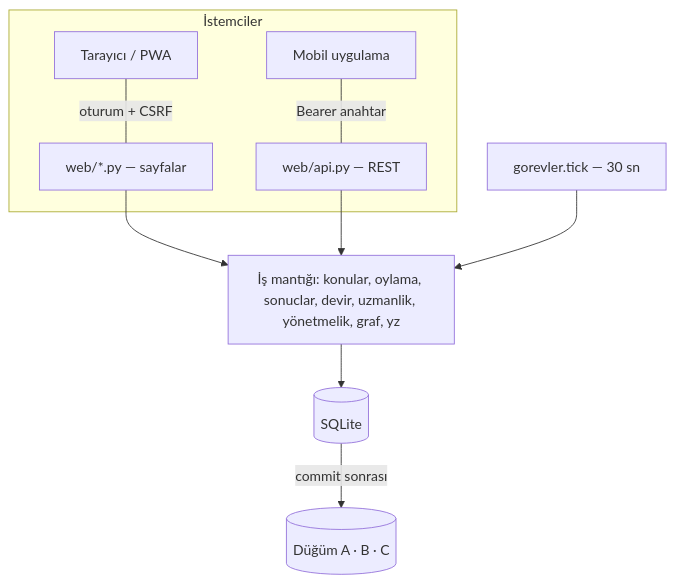
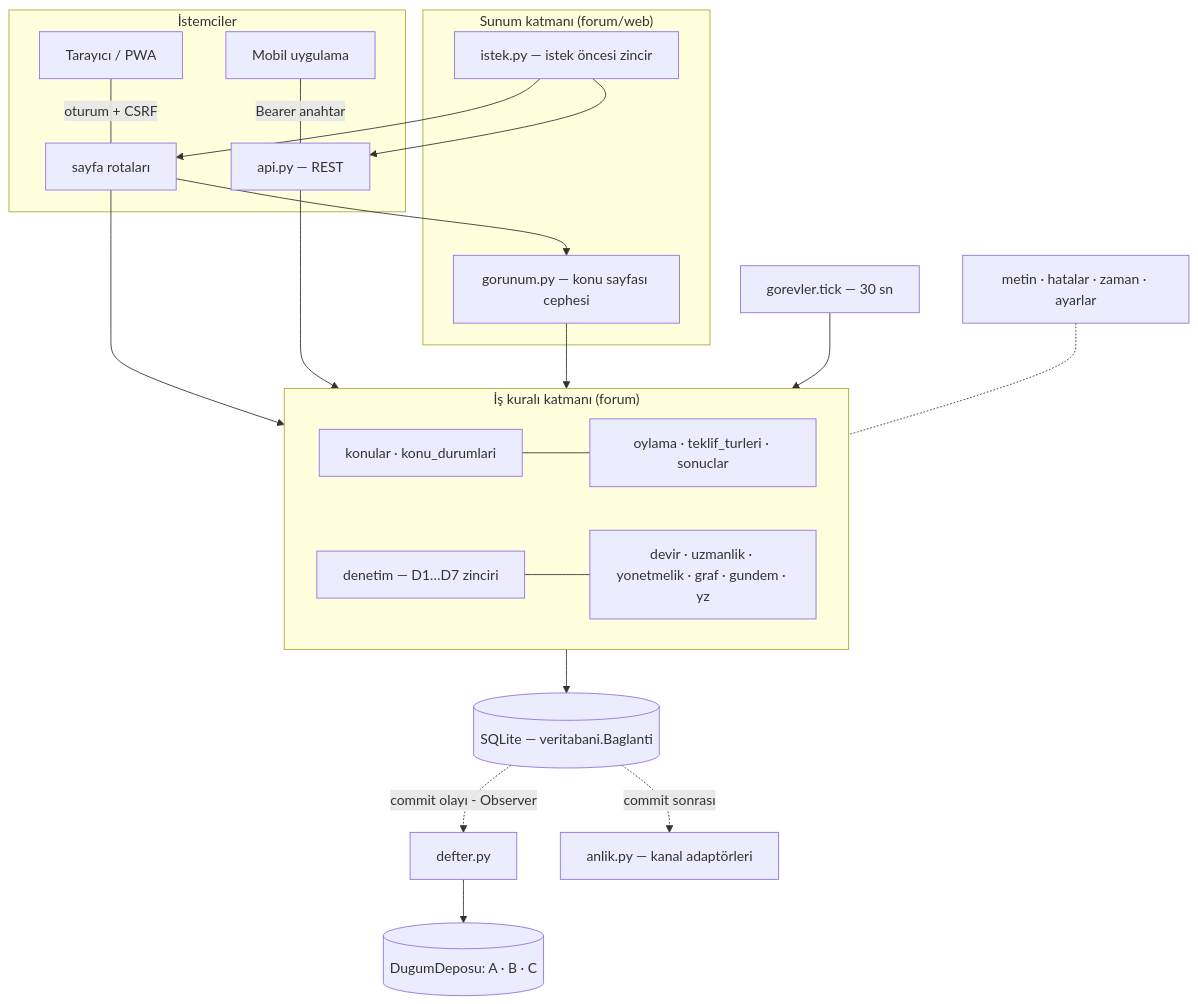
Before and after one commit to Baki-B/YZM327-Odevler: the sixth of 12 diagrams in docs/tasarim.md, drawn with Mermaid. The commit also changed other lines of this file, not shown here.

````diff
--- a/docs/tasarim.md
+++ b/docs/tasarim.md
@@ -93,12 +147,25 @@
 ```mermaid
 flowchart TB
   subgraph İstemciler
     Tarayici[Tarayıcı / PWA] ---|oturum + CSRF| Web
     Mobil[Mobil uygulama] ---|Bearer anahtar| API
   end
-  Web[web/*.py — sayfalar] --> Is
-  API[web/api.py — REST] --> Is
-  Is[İş mantığı: konular, oylama, sonuclar, devir, uzmanlik, yönetmelik, graf, yz] --> VT[(SQLite)]
-  VT -->|commit sonrası| Defter[(Düğüm A · B · C)]
+  subgraph Sunum["Sunum katmanı (forum/web)"]
+    Zincir[istek.py — istek öncesi zincir] --> Web[sayfa rotaları]
+    Zincir --> API[api.py — REST]
+    Web --> Gorunum[gorunum.py — konu sayfası cephesi]
+  end
+  subgraph Is["İş kuralı katmanı (forum)"]
+    Konular[konular · konu_durumlari] --- Oylama[oylama · teklif_turleri · sonuclar]
+    Denetim[denetim — D1…D7 zinciri] --- Diger[devir · uzmanlik · yonetmelik · graf · gundem · yz]
+  end
+  Web --> Is
+  API --> Is
+  Gorunum --> Is
+  Is --> VT[(SQLite — veritabani.Baglanti)]
+  VT -.->|commit olayı - Observer| Defter[defter.py]
+  Defter --> Depo[(DugumDeposu: A · B · C)]
+  VT -.->|commit sonrası| Anlik[anlik.py — kanal adaptörleri]
   Zamanlayici[gorevler.tick — 30 sn] --> Is
+  Ortak[metin · hatalar · zaman · ayarlar] -.- Is
 ```
````
